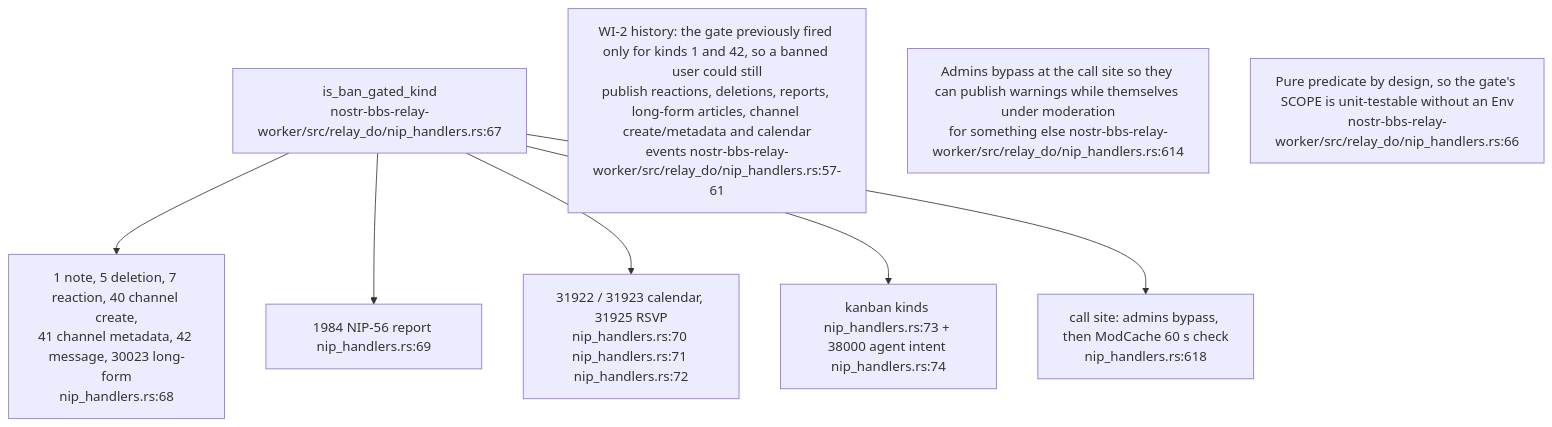
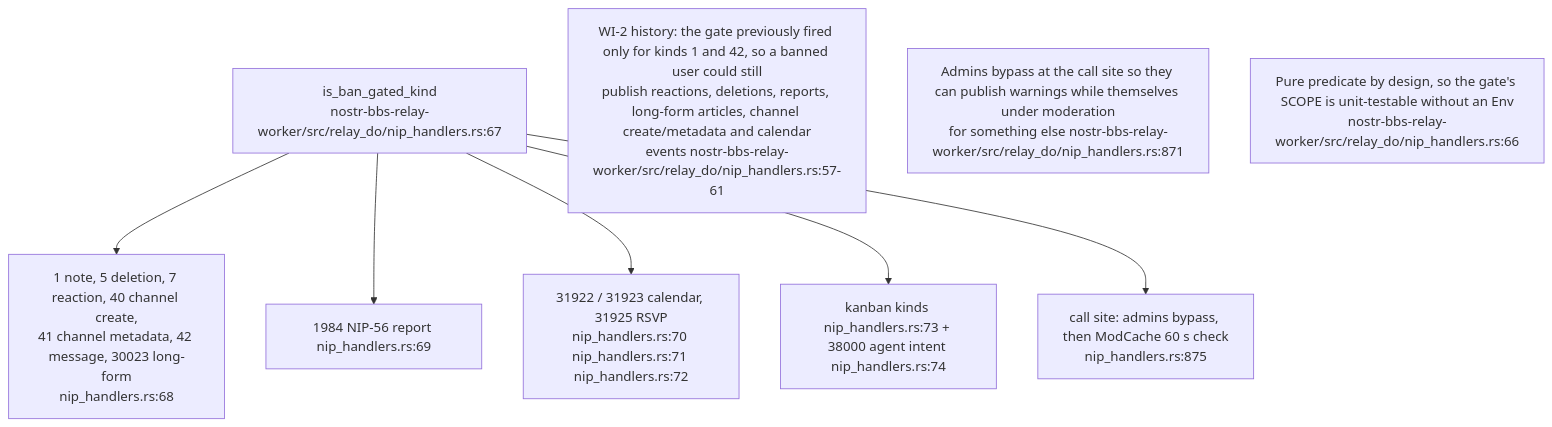
Before and after one commit to DreamLab-AI/VisionFlow: the sixth of 14 diagrams in docs/diagrams/nostr-rust-forum/03-relay-worker-admission-auth-and-trust.md, drawn with Mermaid. The commit also changed other lines of this file and 11 other files, not shown here.

````diff
--- a/docs/diagrams/nostr-rust-forum/03-relay-worker-admission-auth-and-trust.md
+++ b/docs/diagrams/nostr-rust-forum/03-relay-worker-admission-auth-and-trust.md
@@ -165,16 +170,16 @@
 ```mermaid
 flowchart TB
     GATE["is_ban_gated_kind<br/>nostr-bbs-relay-worker/src/relay_do/nip_handlers.rs:67"]
     LIT["1 note, 5 deletion, 7 reaction, 40 channel create,<br/>41 channel metadata, 42 message, 30023 long-form<br/>nip_handlers.rs:68"]
     REP["1984 NIP-56 report nip_handlers.rs:69"]
     CAL["31922 / 31923 calendar, 31925 RSVP<br/>nip_handlers.rs:70 nip_handlers.rs:71 nip_handlers.rs:72"]
     KAN["kanban kinds nip_handlers.rs:73 + 38000 agent intent nip_handlers.rs:74"]
-    CALL["call site: admins bypass, then ModCache 60 s check<br/>nip_handlers.rs:618"]
+    CALL["call site: admins bypass, then ModCache 60 s check<br/>nip_handlers.rs:875"]
 
     GATE --> LIT & REP & CAL & KAN
     GATE --> CALL
 
     N1["WI-2 history: the gate previously fired only for kinds 1 and 42, so a banned user could still<br/>publish reactions, deletions, reports, long-form articles, channel create/metadata and calendar<br/>events nostr-bbs-relay-worker/src/relay_do/nip_handlers.rs:57-61"]
-    N2["Admins bypass at the call site so they can publish warnings while themselves under moderation<br/>for something else nostr-bbs-relay-worker/src/relay_do/nip_handlers.rs:614"]
+    N2["Admins bypass at the call site so they can publish warnings while themselves under moderation<br/>for something else nostr-bbs-relay-worker/src/relay_do/nip_handlers.rs:871"]
     N3["Pure predicate by design, so the gate's SCOPE is unit-testable without an Env<br/>nostr-bbs-relay-worker/src/relay_do/nip_handlers.rs:66"]
 ```
````
